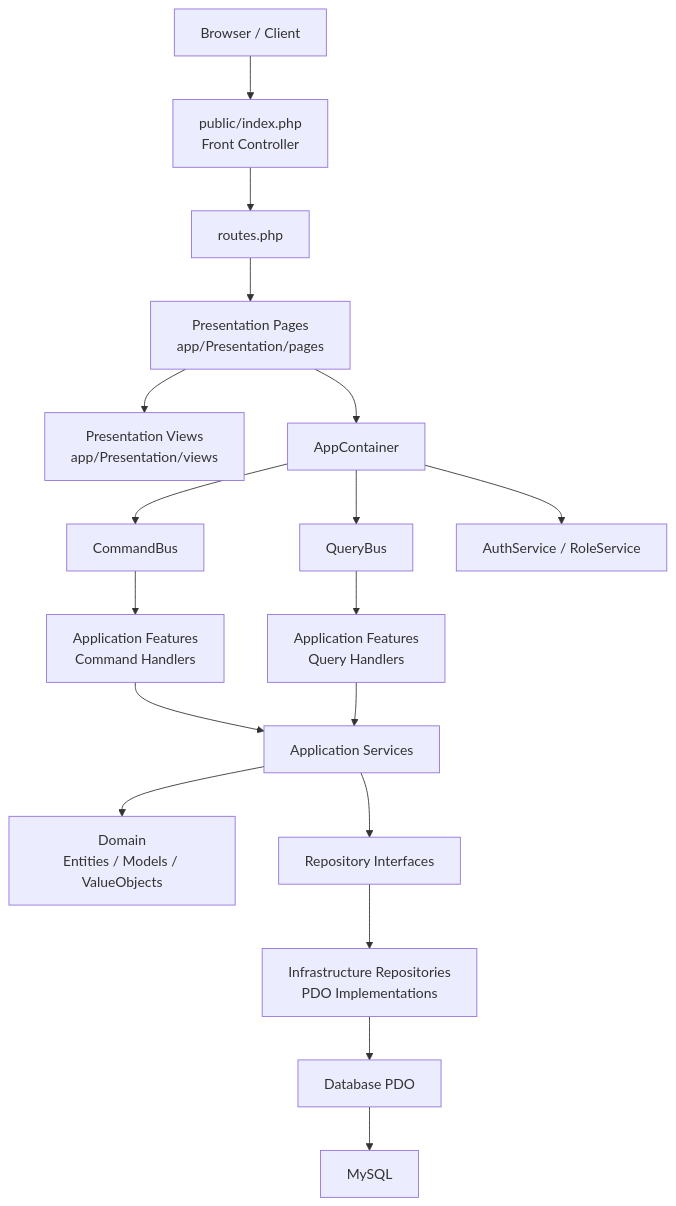
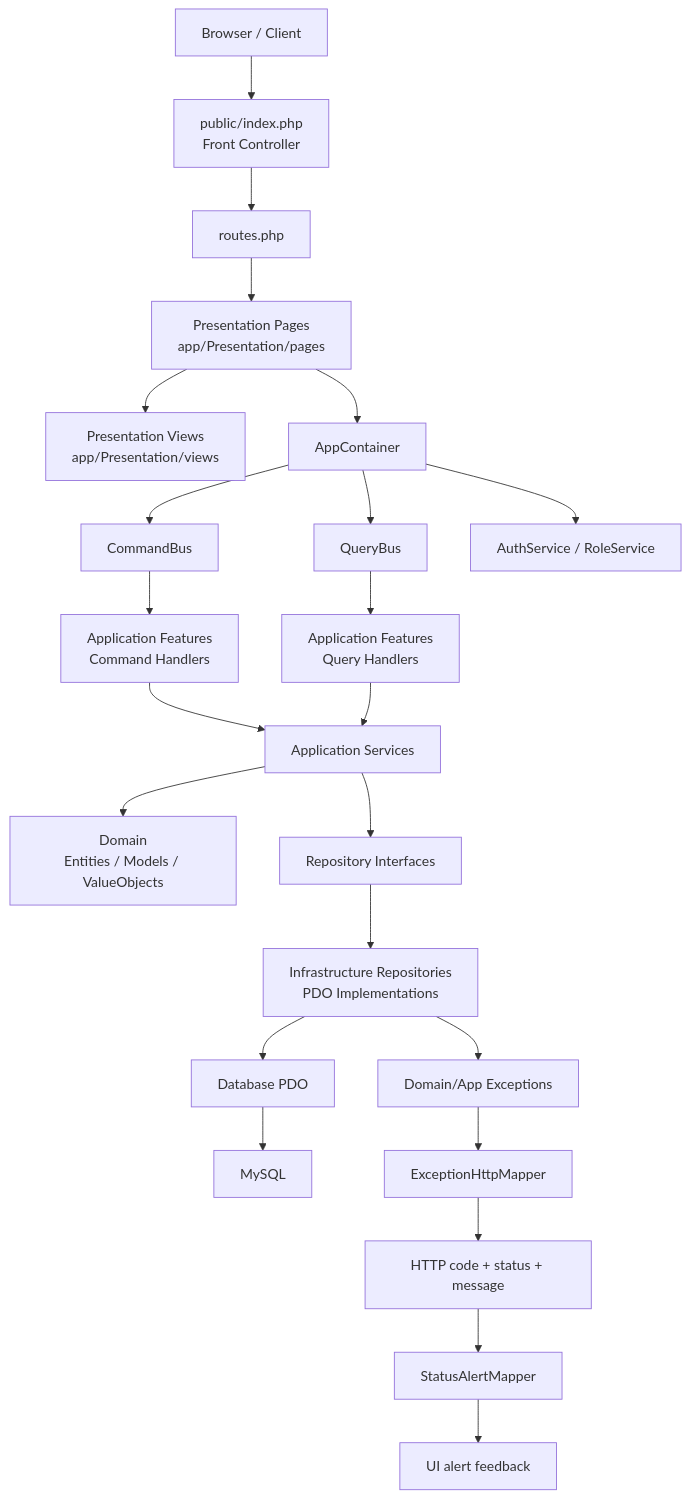
One commit to Aureo-Bueno/job-vault changed the diagram in README.md. Above: the diagram before and after it, drawn with Mermaid. The commit also changed other lines of this file and 31 other files, not shown here.

````diff
--- a/README.md
+++ b/README.md
@@ -24,24 +29,29 @@
 ```mermaid
 flowchart TD
     A[Browser / Client] --> B[public/index.php<br/>Front Controller]
     B --> C[routes.php]
     C --> D[Presentation Pages<br/>app/Presentation/pages]
     D --> E[Presentation Views<br/>app/Presentation/views]
     D --> F[AppContainer]
 
     F --> G[CommandBus]
     F --> H[QueryBus]
     F --> I[AuthService / RoleService]
 
     G --> J[Application Features<br/>Command Handlers]
     H --> K[Application Features<br/>Query Handlers]
 
     J --> L[Application Services]
     K --> L
 
     L --> M[Domain<br/>Entities / Models / ValueObjects]
     L --> N[Repository Interfaces]
     N --> O[Infrastructure Repositories<br/>PDO Implementations]
     O --> P[Database PDO]
     P --> Q[MySQL]
+    O --> R[Domain/App Exceptions]
+    R --> S[ExceptionHttpMapper]
+    S --> T[HTTP code + status + message]
+    T --> U[StatusAlertMapper]
+    U --> V[UI alert feedback]
 ```
````
